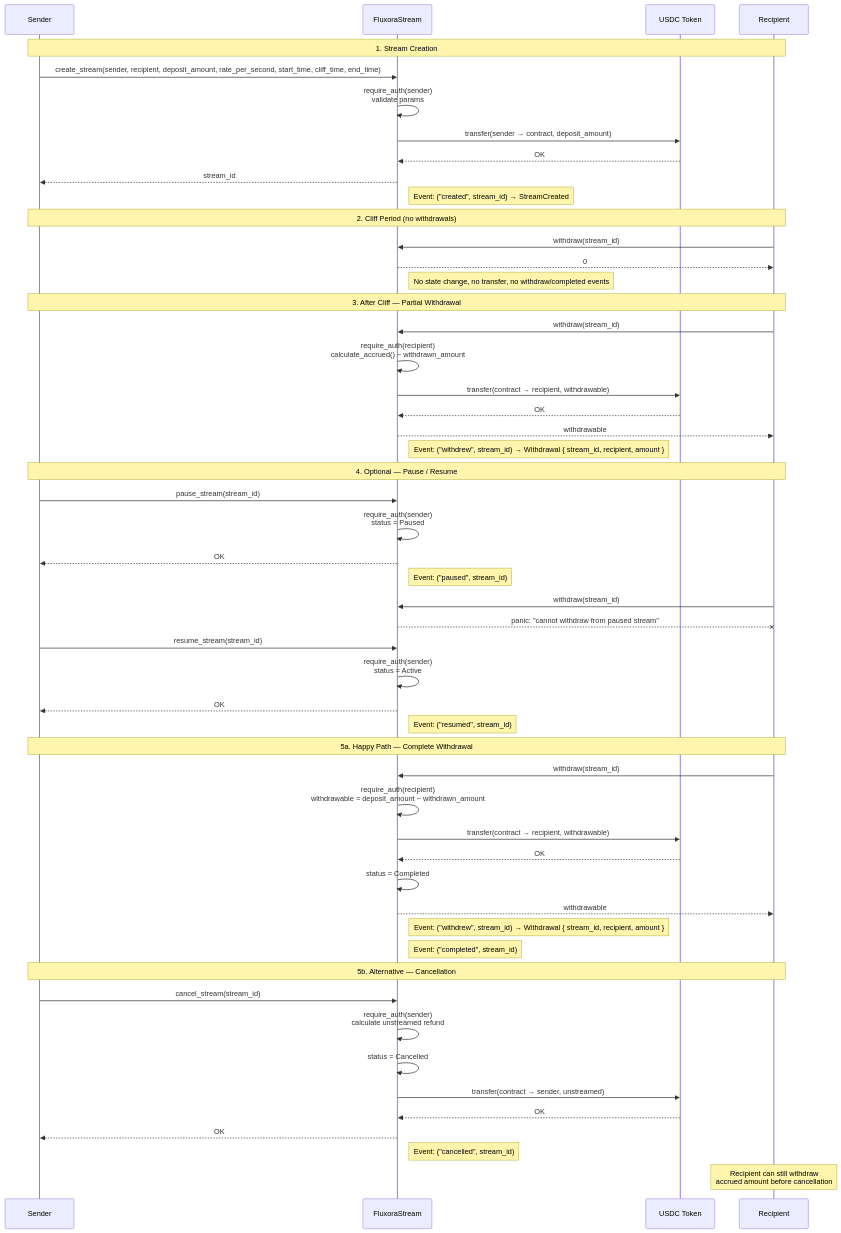
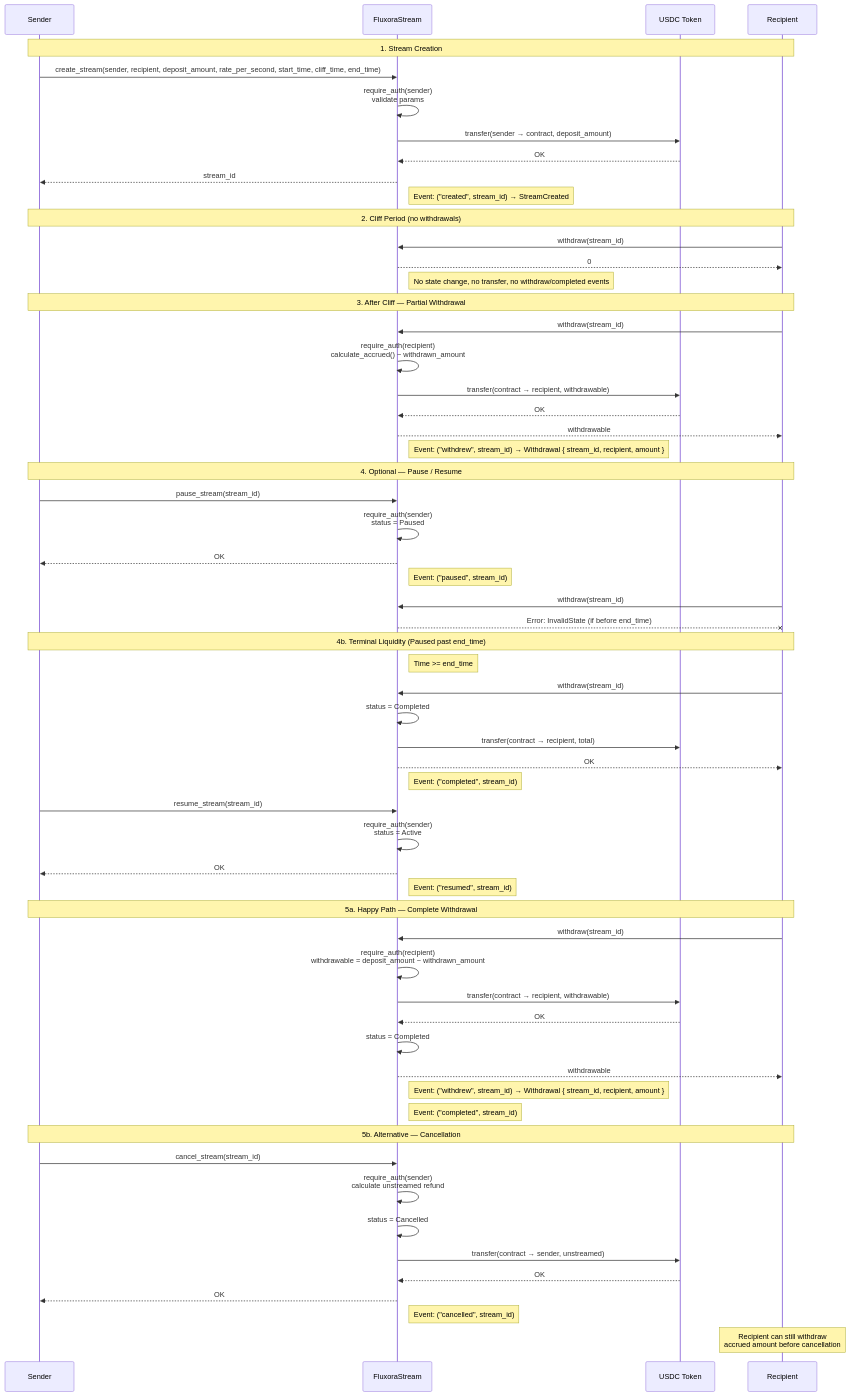
Before and after one commit to Fluxora-Org/Fluxora-Contracts: the second of 2 diagrams in docs/streaming.md, drawn with Mermaid. The commit also changed other lines of this file and 4 other files, not shown here.

Commit message:
feat: implement administrative pause/resume with refined error variants and boundary liquidity

````diff
--- a/docs/streaming.md
+++ b/docs/streaming.md
@@ -102,68 +99,76 @@
 ```mermaid
 sequenceDiagram
     participant Sender
     participant Contract as FluxoraStream
     participant Token as USDC Token
     participant Recipient
 
     Note over Sender, Recipient: 1. Stream Creation
 
     Sender ->> Contract: create_stream(sender, recipient, deposit_amount, rate_per_second, start_time, cliff_time, end_time)
     Contract ->> Contract: require_auth(sender)<br/>validate params
     Contract ->> Token: transfer(sender → contract, deposit_amount)
     Token -->> Contract: OK
     Contract -->> Sender: stream_id
     Note right of Contract: Event: ("created", stream_id) → StreamCreated
 
     Note over Sender, Recipient: 2. Cliff Period (no withdrawals)
 
     Recipient ->> Contract: withdraw(stream_id)
     Contract -->> Recipient: 0
     Note right of Contract: No state change, no transfer, no withdraw/completed events
 
     Note over Sender, Recipient: 3. After Cliff — Partial Withdrawal
 
     Recipient ->> Contract: withdraw(stream_id)
     Contract ->> Contract: require_auth(recipient)<br/>calculate_accrued() − withdrawn_amount
     Contract ->> Token: transfer(contract → recipient, withdrawable)
     Token -->> Contract: OK
     Contract -->> Recipient: withdrawable
     Note right of Contract: Event: ("withdrew", stream_id) → Withdrawal { stream_id, recipient, amount }
 
     Note over Sender, Recipient: 4. Optional — Pause / Resume
 
     Sender ->> Contract: pause_stream(stream_id)
     Contract ->> Contract: require_auth(sender)<br/>status = Paused
     Contract -->> Sender: OK
     Note right of Contract: Event: ("paused", stream_id)
 
     Recipient ->> Contract: withdraw(stream_id)
-    Contract --x Recipient: panic: "cannot withdraw from paused stream"
+    Contract --x Recipient: Error: InvalidState (if before end_time)
+
+    Note over Sender, Recipient: 4b. Terminal Liquidity (Paused past end_time)
+    Note right of Contract: Time >= end_time
+    Recipient ->> Contract: withdraw(stream_id)
+    Contract ->> Contract: status = Completed
+    Contract ->> Token: transfer(contract → recipient, total)
+    Contract -->> Recipient: OK
+    Note right of Contract: Event: ("completed", stream_id)
 
     Sender ->> Contract: resume_stream(stream_id)
     Contract ->> Contract: require_auth(sender)<br/>status = Active
     Contract -->> Sender: OK
     Note right of Contract: Event: ("resumed", stream_id)
 
     Note over Sender, Recipient: 5a. Happy Path — Complete Withdrawal
 
     Recipient ->> Contract: withdraw(stream_id)
     Contract ->> Contract: require_auth(recipient)<br/>withdrawable = deposit_amount − withdrawn_amount
     Contract ->> Token: transfer(contract → recipient, withdrawable)
     Token -->> Contract: OK
     Contract ->> Contract: status = Completed
     Contract -->> Recipient: withdrawable
     Note right of Contract: Event: ("withdrew", stream_id) → Withdrawal { stream_id, recipient, amount }
     Note right of Contract: Event: ("completed", stream_id)
 
     Note over Sender, Recipient: 5b. Alternative — Cancellation
 
     Sender ->> Contract: cancel_stream(stream_id)
     Contract ->> Contract: require_auth(sender)<br/>calculate unstreamed refund
     Contract ->> Contract: status = Cancelled
     Contract ->> Token: transfer(contract → sender, unstreamed)
     Token -->> Contract: OK
     Contract -->> Sender: OK
     Note right of Contract: Event: ("cancelled", stream_id)
     Note over Recipient: Recipient can still withdraw<br/>accrued amount before cancellation
 ```
````
